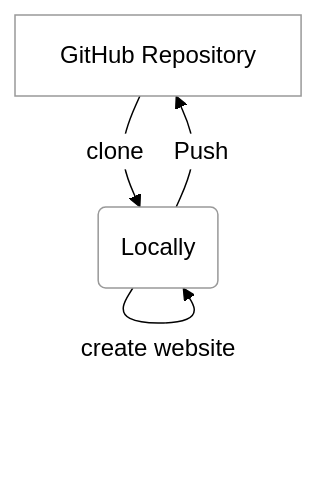
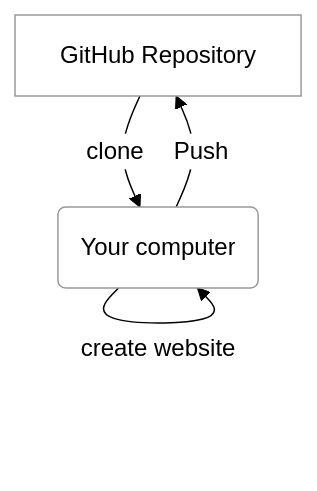
One commit to webprogramming260/webprogramming changed the second of 3 diagrams in instruction/github-pages/github-pages.md. Above: the diagram before and after it, drawn with Mermaid. The commit also changed other lines of this file, not shown here.

Commit message:
Lee Jensen - update(GitHub Pages)

````diff
--- a/instruction/github-pages/github-pages.md
+++ b/instruction/github-pages/github-pages.md
@@ -72,7 +72,7 @@
 ```mermaid
 %%{init: { 'theme': 'neutral', 'themeVariables': { 'mainBkg': '#ffffff', 'lineColor': '#000000', 'primaryTextColor': '#000000', 'actorBorder': '#000000', 'participantBorder': '#000000', 'noteBorderColor': '#000000' } }}%%
 graph TD
-    A[GitHub Repository] -->|clone| B(Locally)
+    A[GitHub Repository] -->|clone| B(Your computer)
     B --> |create website| B
     B -->|Push| A
 ```
````
